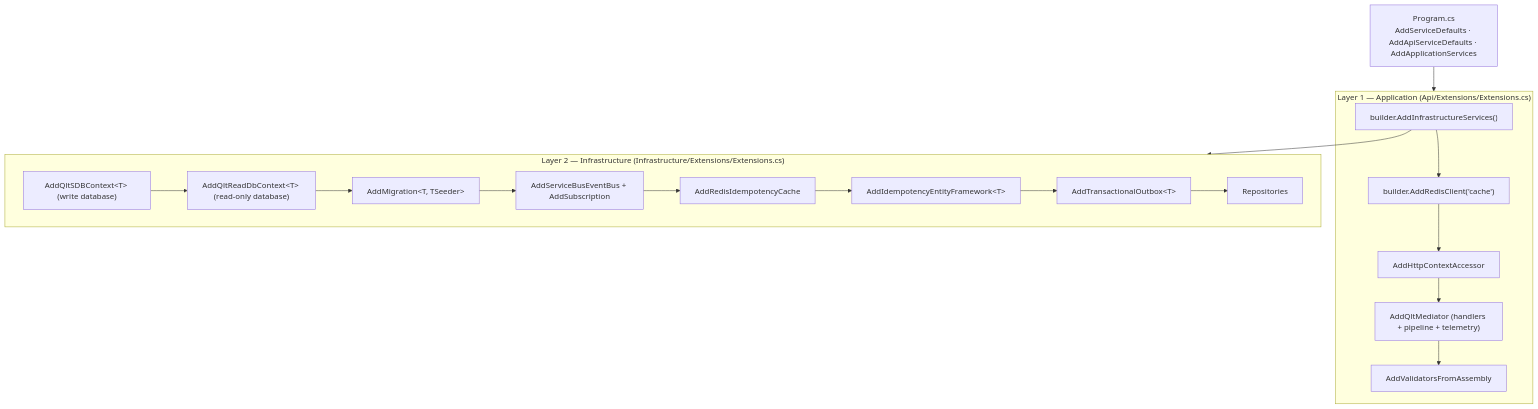
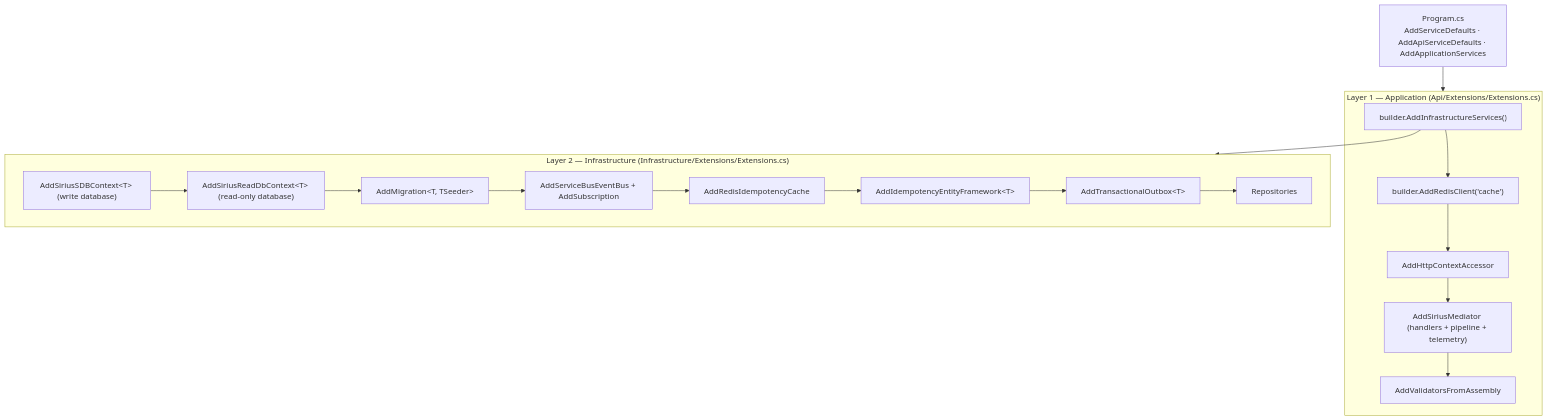
Before and after one commit to miquelalcaraz/Labs.ServicePlatform: the first of 2 diagrams in docs/developer-guide/01-service-configuration.md, drawn with Mermaid. The commit also changed other lines of this file and 1116 other files, not shown here.

````diff
--- a/docs/developer-guide/01-service-configuration.md
+++ b/docs/developer-guide/01-service-configuration.md
@@ -13,28 +13,28 @@
 ```mermaid
 flowchart TB
     P["Program.cs<br/>AddServiceDefaults · AddApiServiceDefaults · AddApplicationServices"]
 
     subgraph L1["Layer 1 — Application (Api/Extensions/Extensions.cs)"]
         A1["builder.AddInfrastructureServices()"]
         A2["builder.AddRedisClient('cache')"]
         A3["AddHttpContextAccessor"]
-        A4["AddQltMediator (handlers + pipeline + telemetry)"]
+        A4["AddSiriusMediator (handlers + pipeline + telemetry)"]
         A5["AddValidatorsFromAssembly"]
         A1 --> A2 --> A3 --> A4 --> A5
     end
 
     subgraph L2["Layer 2 — Infrastructure (Infrastructure/Extensions/Extensions.cs)"]
-        B1["AddQltSDBContext#lt;T#gt; (write database)"]
-        B2["AddQltReadDbContext#lt;T#gt; (read-only database)"]
+        B1["AddSiriusSDBContext#lt;T#gt; (write database)"]
+        B2["AddSiriusReadDbContext#lt;T#gt; (read-only database)"]
         B3["AddMigration#lt;T, TSeeder#gt;"]
         B4["AddServiceBusEventBus + AddSubscription"]
         B5["AddRedisIdempotencyCache"]
         B6["AddIdempotencyEntityFramework#lt;T#gt;"]
         B7["AddTransactionalOutbox#lt;T#gt;"]
         B8["Repositories"]
         B1 --> B2 --> B3 --> B4 --> B5 --> B6 --> B7 --> B8
     end
 
     P --> L1
     A1 --> L2
 ```
````
